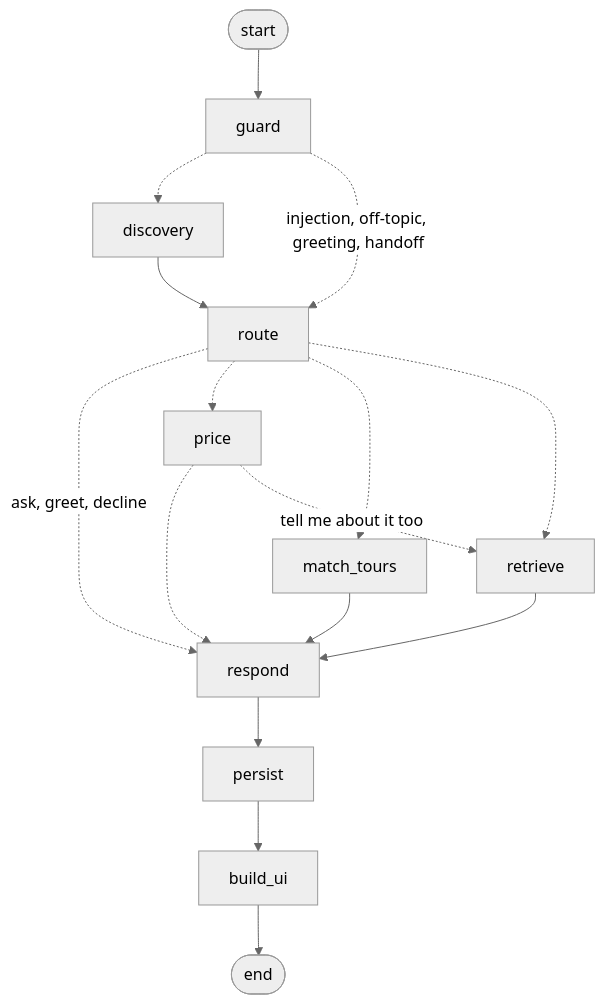
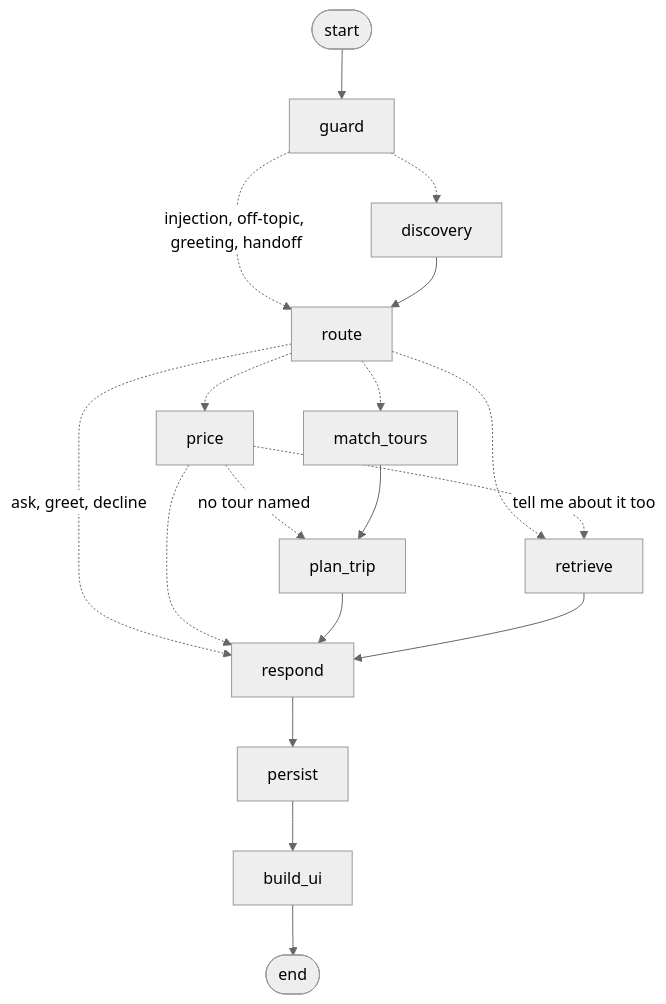
Before and after one commit to AnjanaIndrakeela/mira-travel-assistant: the second of 2 diagrams in README.md, drawn with Mermaid (neutral theme). The commit also changed other lines of this file and 29 other files, not shown here.

````diff
--- a/README.md
+++ b/README.md
@@ -111,18 +111,20 @@
 ```mermaid
 graph TD;
 	__start__([start]) --> guard;
 	guard -.-> discovery;
 	guard -.->|injection, off-topic, greeting, handoff| route;
 	discovery --> route;
 	route -.->|ask, greet, decline| respond;
 	route -.-> price;
 	route -.-> match_tours;
 	route -.-> retrieve;
 	price -.-> respond;
 	price -.->|"tell me about it too"| retrieve;
-	match_tours --> respond;
+	price -.->|no tour named| plan_trip;
+	match_tours --> plan_trip;
+	plan_trip --> respond;
 	retrieve --> respond;
 	respond --> persist;
 	persist --> build_ui;
 	build_ui --> __end__([end]);
 ```
````
